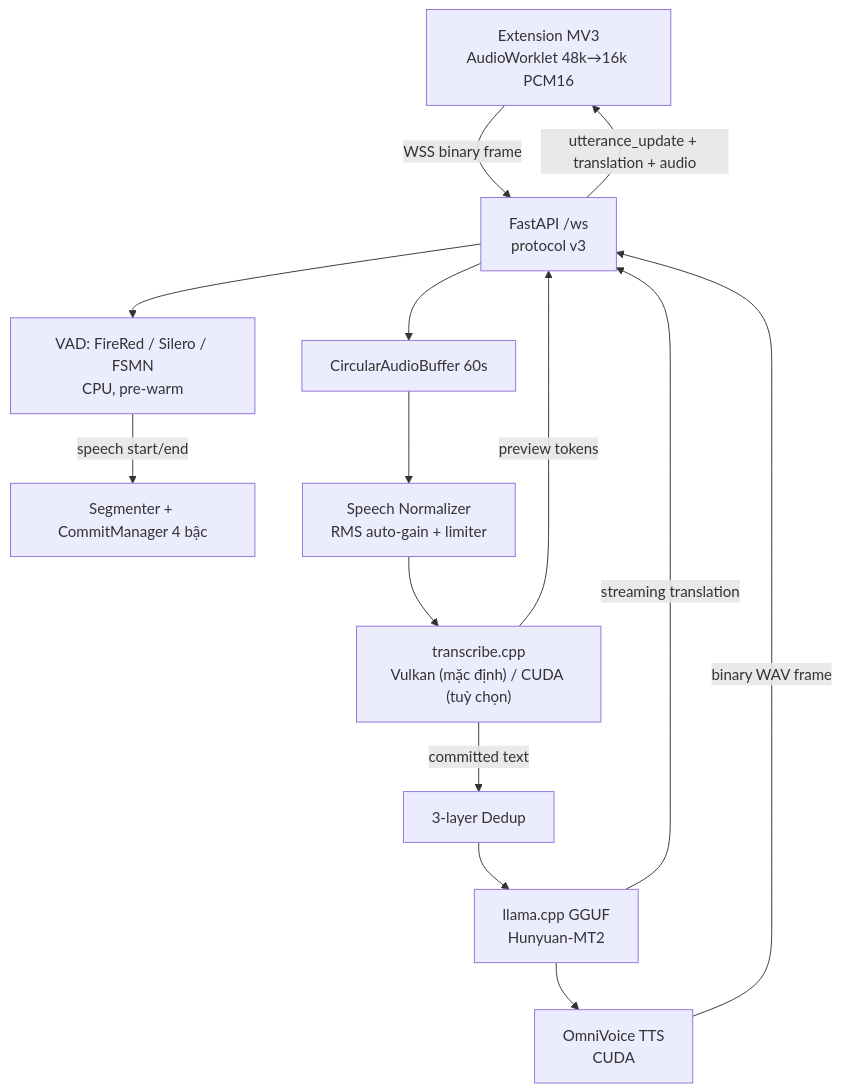
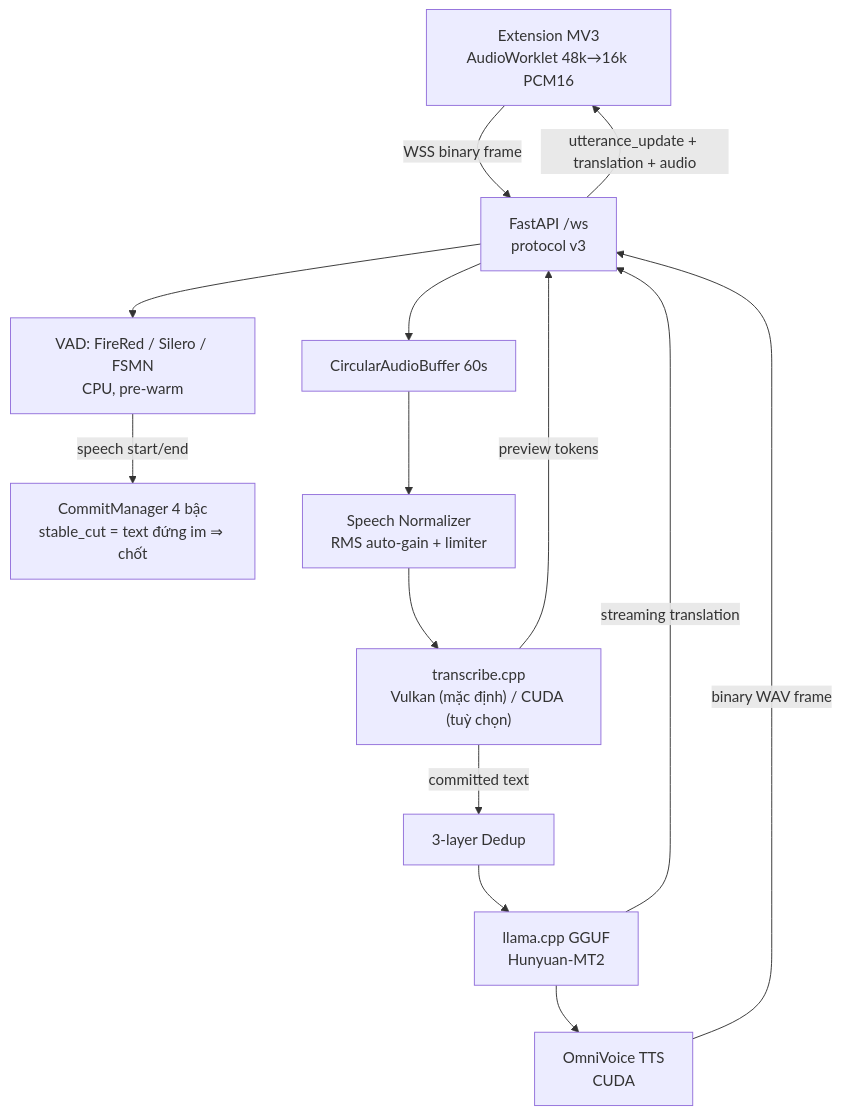
The diagram in README.md (khachuy279/vibe-translation-addon-transcribe_cpp), drawn with Mermaid before and after one commit. The commit also changed other lines of this file and 33 other files, not shown here.

````diff
--- a/README.md
+++ b/README.md
@@ -536,16 +536,16 @@
 ```mermaid
 flowchart TD
     EXT["Extension MV3<br/>AudioWorklet 48k→16k PCM16"] -->|WSS binary frame| WS["FastAPI /ws<br/>protocol v3"]
     WS --> BUF["CircularAudioBuffer 60s"]
     WS --> VAD["VAD: FireRed / Silero / FSMN<br/>CPU, pre-warm"]
-    VAD -->|speech start/end| SEG["Segmenter + CommitManager 4 bậc"]
+    VAD -->|speech start/end| COMMIT["CommitManager 4 bậc<br/>stable_cut = text đứng im ⇒ chốt"]
     BUF --> NORM["Speech Normalizer<br/>RMS auto-gain + limiter"]
     NORM --> ASR["transcribe.cpp<br/>Vulkan (mặc định) / CUDA (tuỳ chọn)"]
     ASR -->|preview tokens| WS
     ASR -->|committed text| DEDUP["3-layer Dedup"]
     DEDUP --> TRANS["llama.cpp GGUF<br/>Hunyuan-MT2"]
     TRANS -->|streaming translation| WS
     TRANS --> TTS["OmniVoice TTS<br/>CUDA"]
     TTS -->|binary WAV frame| WS
     WS -->|utterance_update + translation + audio| EXT
 ```
````
